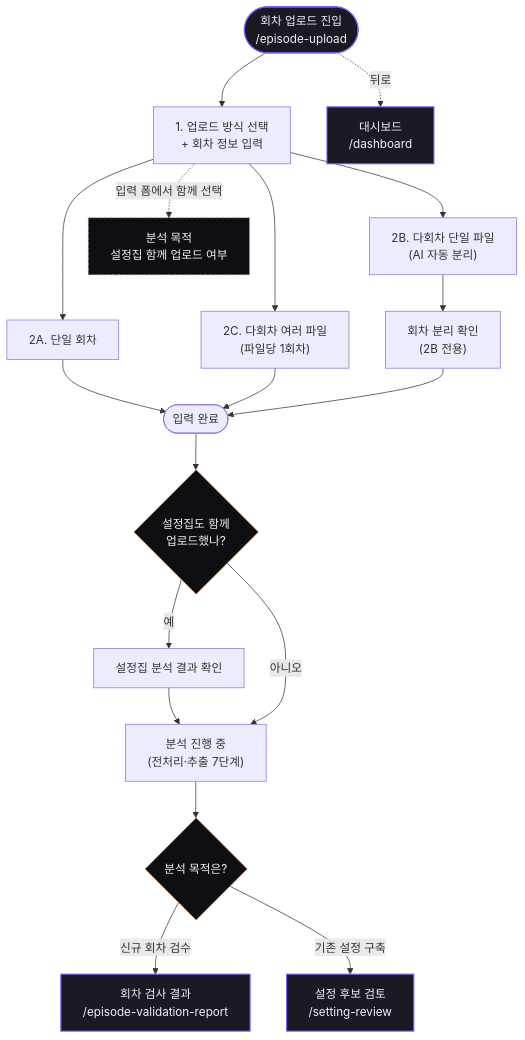
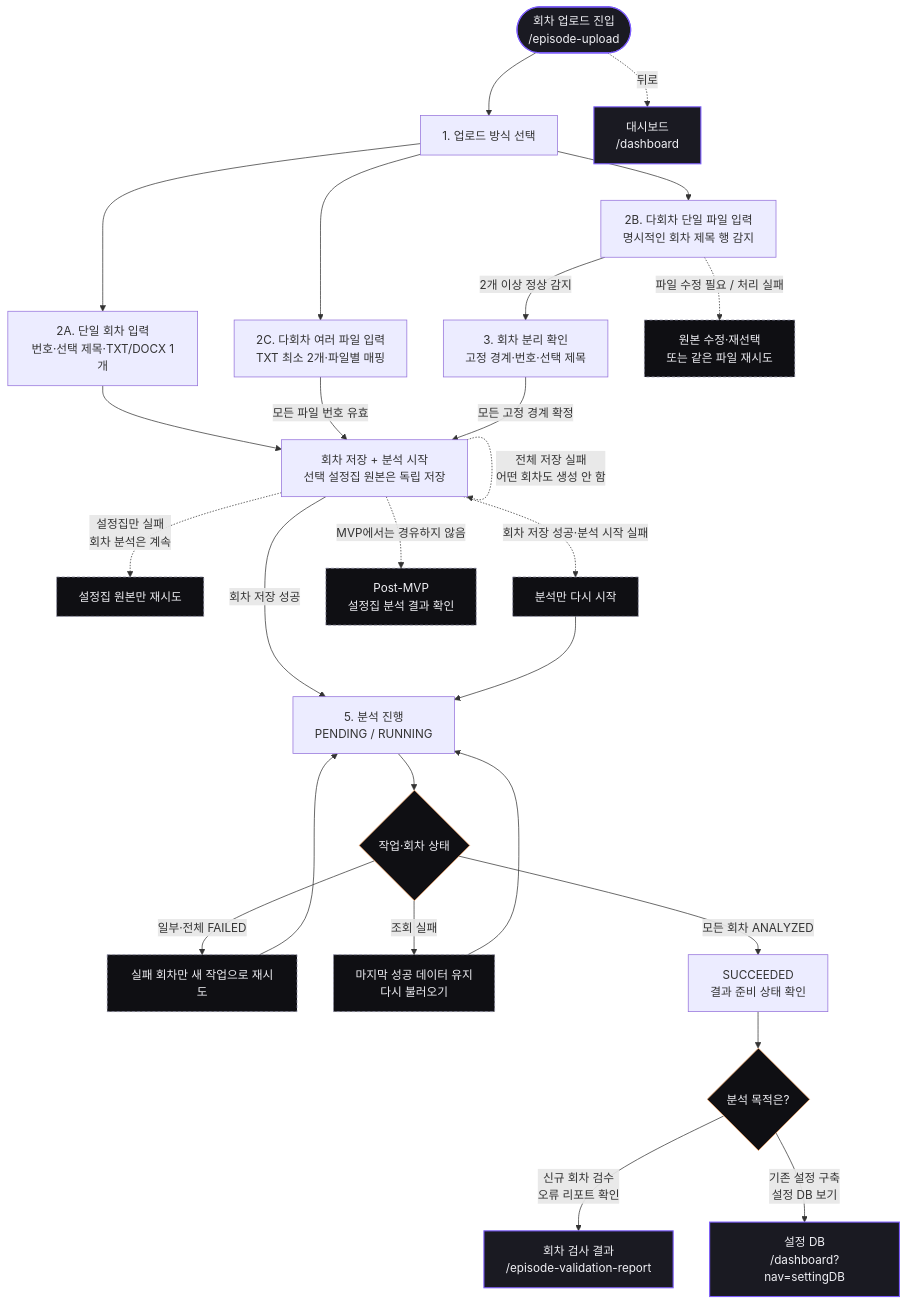
Before and after one commit to catchhole-soma/catchhole-front: the sixth of 7 diagrams in docs/screen-flow.md, drawn with Mermaid. The commit also changed other lines of this file and 2 other files, not shown here.

First line of the commit message:
docs(flow): 요구사항과 Workflow 흐름 동기화

````diff
--- a/docs/screen-flow.md
+++ b/docs/screen-flow.md
@@ -247,29 +293,39 @@
 ```mermaid
 flowchart TD
-  start(["회차 업로드 진입<br/>/episode-upload"]):::private --> mode["1. 업로드 방식 선택<br/>+ 회차 정보 입력"]
+  start(["회차 업로드 진입<br/>/episode-upload"]):::private --> mode["1. 업로드 방식 선택"]
 
-  mode --> mA["2A. 단일 회차"]
-  mode --> mB["2B. 다회차 단일 파일<br/>(AI 자동 분리)"]
-  mode --> mC["2C. 다회차 여러 파일<br/>(파일당 1회차)"]
+  mode --> mA["2A. 단일 회차 입력<br/>번호·선택 제목·TXT/DOCX 1개"]
+  mode --> mB["2B. 다회차 단일 파일 입력<br/>명시적인 회차 제목 행 감지"]
+  mode --> mC["2C. 다회차 여러 파일 입력<br/>TXT 최소 2개·파일별 매핑"]
 
-  mode -. "입력 폼에서 함께 선택" .-> opt["분석 목적<br/>설정집 함께 업로드 여부"]:::modal
+  mB -- "2개 이상 정상 감지" --> bp["3. 회차 분리 확인<br/>고정 경계·번호·선택 제목"]
+  mB -. "파일 수정 필요 / 처리 실패" .-> mBState["원본 수정·재선택<br/>또는 같은 파일 재시도"]:::modal
 
-  mB --> bp["회차 분리 확인<br/>(2B 전용)"]
-  mA --> done(["입력 완료"])
-  mC --> done
-  bp --> done
+  mA --> persist["회차 저장 + 분석 시작<br/>선택 설정집 원본은 독립 저장"]
+  mC -- "모든 파일 번호 유효" --> persist
+  bp -- "모든 고정 경계 확정" --> persist
 
-  done --> qSet{"설정집도 함께<br/>업로드했나?"}:::decision
-  qSet -- "예" --> sr["설정집 분석 결과 확인"] --> proc
-  qSet -- "아니오" --> proc["분석 진행 중<br/>(전처리·추출 7단계)"]
+  persist -- "회차 저장 성공" --> proc["5. 분석 진행<br/>PENDING / RUNNING"]
+  persist -. "전체 저장 실패<br/>어떤 회차도 생성 안 함" .-> persist
+  persist -. "설정집만 실패<br/>회차 분석은 계속" .-> retrySetting["설정집 원본만 재시도"]:::modal
+  persist -. "회차 저장 성공·분석 시작 실패" .-> retryAnalysis["분석만 다시 시작"]:::modal
+  retryAnalysis --> proc
 
-  proc --> qPur{"분석 목적은?"}:::decision
-  qPur -- "신규 회차 검수" --> valreport["회차 검사 결과<br/>/episode-validation-report"]:::private
-  qPur -- "기존 설정 구축" --> review["설정 후보 검토<br/>/setting-review"]:::private
+  proc --> state{"작업·회차 상태"}:::decision
+  state -- "일부·전체 FAILED" --> retry["실패 회차만 새 작업으로 재시도"]:::modal --> proc
+  state -- "조회 실패" --> reload["마지막 성공 데이터 유지<br/>다시 불러오기"]:::modal --> proc
+  state -- "모든 회차 ANALYZED" --> success["SUCCEEDED<br/>결과 준비 상태 확인"]
+
+  success --> qPur{"분석 목적은?"}:::decision
+  qPur -- "신규 회차 검수<br/>오류 리포트 확인" --> valreport["회차 검사 결과<br/>/episode-validation-report"]:::private
+  qPur -- "기존 설정 구축<br/>설정 DB 보기" --> settingDB["설정 DB<br/>/dashboard?nav=settingDB"]:::private
+
+  postMvp["Post-MVP<br/>설정집 분석 결과 확인"]:::modal
+  persist -. "MVP에서는 경유하지 않음" .-> postMvp
 
   start -. "뒤로" .-> dashboard["대시보드<br/>/dashboard"]:::private
 
   classDef private fill:#1A1A22,stroke:#7C5CFC,stroke-width:1.5px,color:#F0F0F5;
   classDef modal fill:#0F0F13,stroke:#9090A8,stroke-dasharray:4 3,color:#F0F0F5;
   classDef decision fill:#0F0F13,stroke:#F4A261,color:#F0F0F5;
 ```
````
